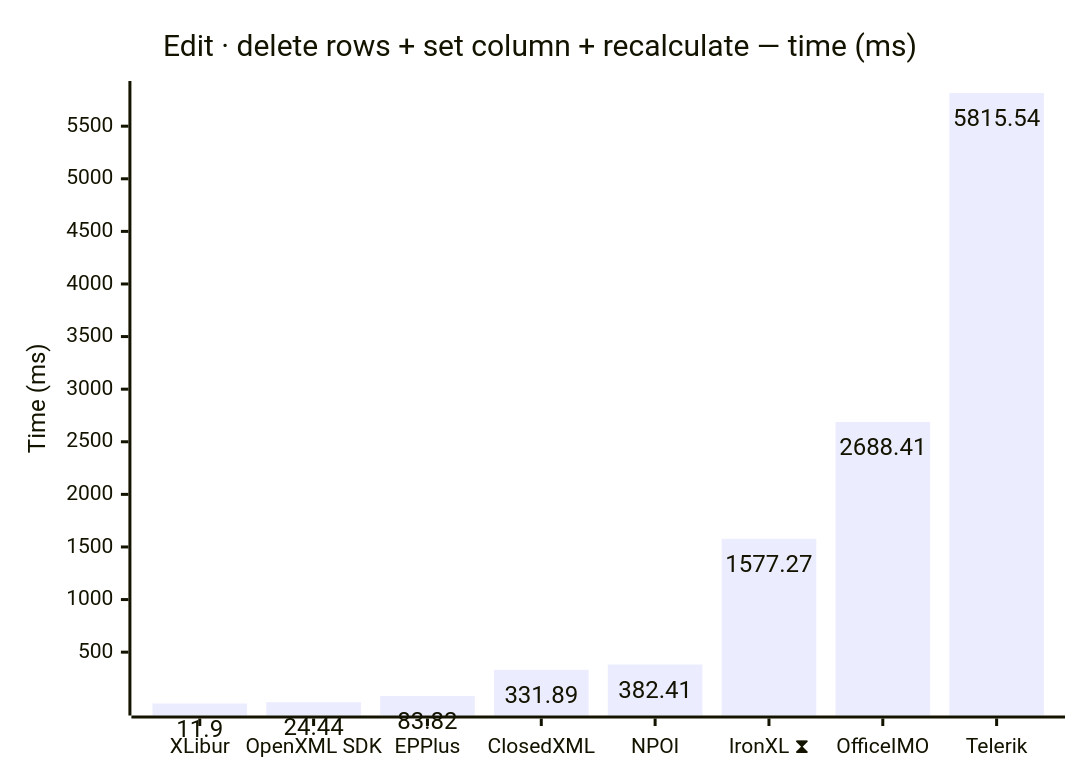
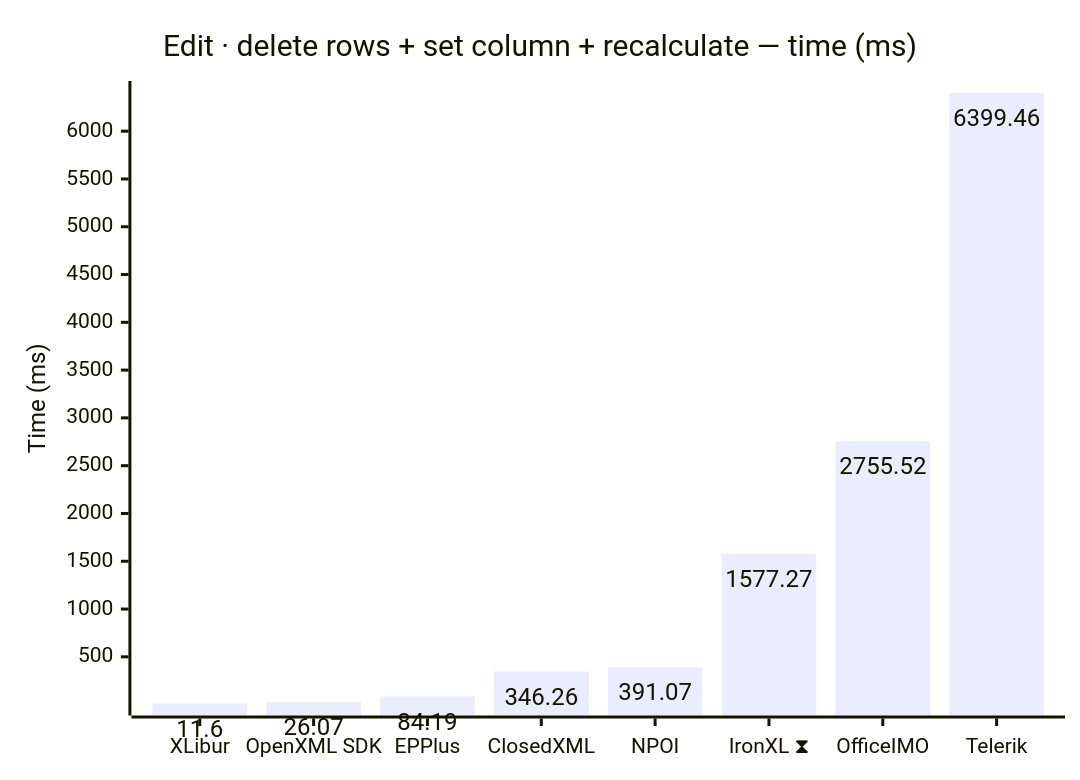
Before and after one commit to jafin/XLBench: the ninth of 12 diagrams in docs/results.md, drawn with Mermaid. The commit also changed other lines of this file and 4 other files, not shown here.

````diff
--- a/docs/results.md
+++ b/docs/results.md
@@ -146,12 +146,12 @@
 ```mermaid
 ---
 config:
   xyChart:
     showDataLabel: true
 ---
 xychart-beta
     title "Edit · delete rows + set column + recalculate — time (ms)"
     x-axis ["XLibur", "OpenXML SDK", "EPPlus", "ClosedXML", "NPOI", "IronXL ⧗", "OfficeIMO", "Telerik"]
     y-axis "Time (ms)"
-    bar [11.9, 24.44, 83.82, 331.89, 382.41, 1577.27, 2688.41, 5815.54]
+    bar [11.6, 26.07, 84.19, 346.26, 391.07, 1577.27, 2755.52, 6399.46]
 ```
````
